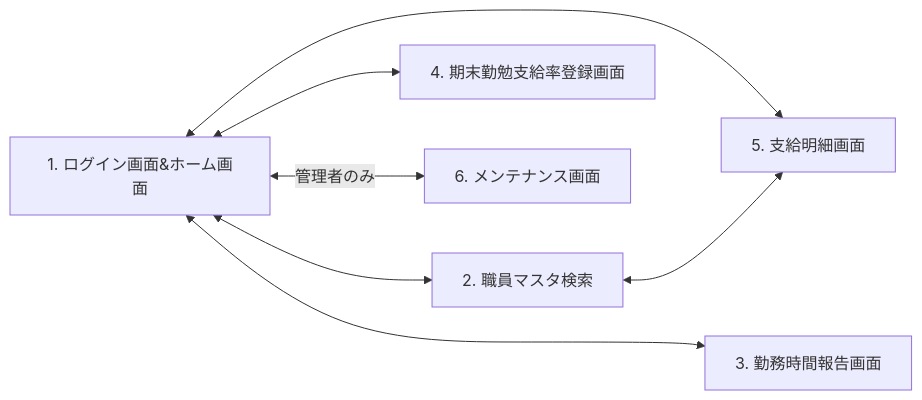
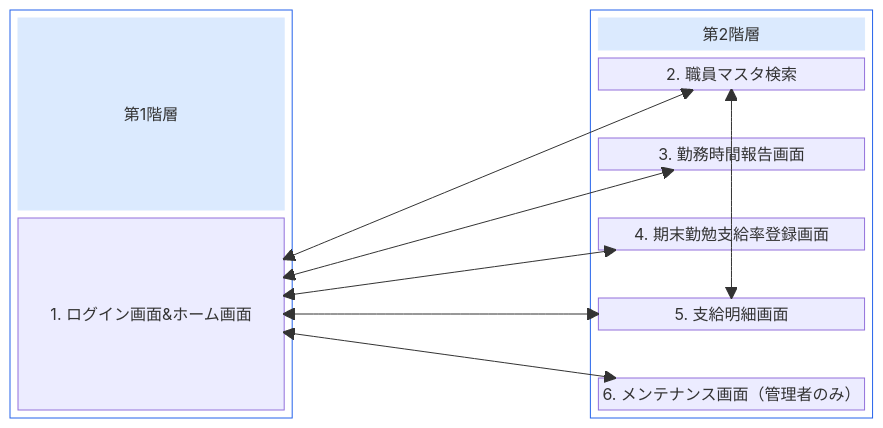
One commit to hirokazu601218/PowerAppsCanvasAppUI changed the diagram in docs/requirements/screen-requirements.md. Above: the diagram before and after it, drawn with Mermaid. The commit also changed other lines of this file, not shown here.

Commit message:
docs: arrange screen diagram into two hierarchy groups

````diff
--- a/docs/requirements/screen-requirements.md
+++ b/docs/requirements/screen-requirements.md
@@ -27,18 +29,35 @@
 ```mermaid
-flowchart LR
-    S1["1. ログイン画面&ホーム画面"]
-    S2["2. 職員マスタ検索"]
-    S3["3. 勤務時間報告画面"]
-    S4["4. 期末勤勉支給率登録画面"]
-    S5["5. 支給明細画面"]
-    S6["6. メンテナンス画面"]
+block-beta
+    columns 3
+    block:L1
+        columns 1
+        H1["第1階層"]
+        S1["1. ログイン画面&ホーム画面"]
+    end
+    space
+    block:L2
+        columns 1
+        H2["第2階層"]
+        S2["2. 職員マスタ検索"]
+        space
+        S3["3. 勤務時間報告画面"]
+        space
+        S4["4. 期末勤勉支給率登録画面"]
+        space
+        S5["5. 支給明細画面"]
+        space
+        S6["6. メンテナンス画面（管理者のみ）"]
+    end
 
     S1 <--> S2
     S1 <--> S3
     S1 <--> S4
     S1 <--> S5
-    S1 <-->|管理者のみ| S6
+    S1 <--> S6
     S2 <--> S5
 
-    S2 ~~~ S3
+    style H1 fill:#dbeafe,stroke:#dbeafe,color:#17365d
+    style H2 fill:#dbeafe,stroke:#dbeafe,color:#17365d
+    style L1 fill:#ffffff,stroke:#2563eb
+    style L2 fill:#ffffff,stroke:#2563eb
 ```
````
